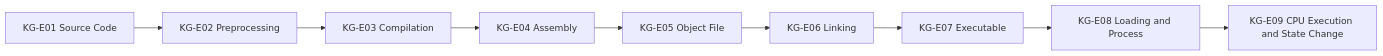
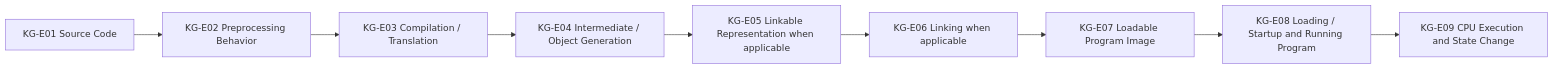
The second of 9 diagrams in design/04-programming-language-knowledge-graph.en.md (inred329/summer_pre_course_2026), drawn with Mermaid before and after one commit. The commit also changed other lines of this file and 104 other files, not shown here.

````diff
--- a/design/04-programming-language-knowledge-graph.en.md
+++ b/design/04-programming-language-knowledge-graph.en.md
@@ -65,11 +70,11 @@
 ```mermaid
 flowchart LR
-    E01[KG-E01 Source Code] --> E02[KG-E02 Preprocessing]
-    E02 --> E03[KG-E03 Compilation]
-    E03 --> E04[KG-E04 Assembly]
-    E04 --> E05[KG-E05 Object File]
-    E05 --> E06[KG-E06 Linking]
-    E06 --> E07[KG-E07 Executable]
-    E07 --> E08[KG-E08 Loading and Process]
+    E01[KG-E01 Source Code] --> E02[KG-E02 Preprocessing Behavior]
+    E02 --> E03[KG-E03 Compilation / Translation]
+    E03 --> E04[KG-E04 Intermediate / Object Generation]
+    E04 --> E05[KG-E05 Linkable Representation when applicable]
+    E05 --> E06[KG-E06 Linking when applicable]
+    E06 --> E07[KG-E07 Loadable Program Image]
+    E07 --> E08[KG-E08 Loading / Startup and Running Program]
     E08 --> E09[KG-E09 CPU Execution and State Change]
 ```
````
